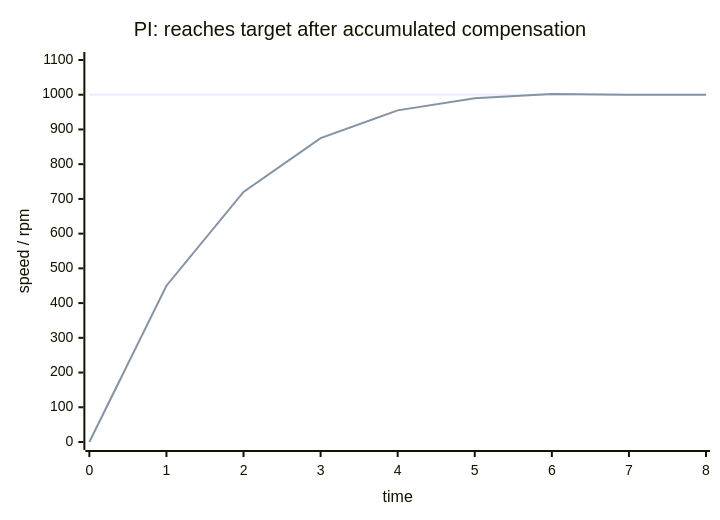
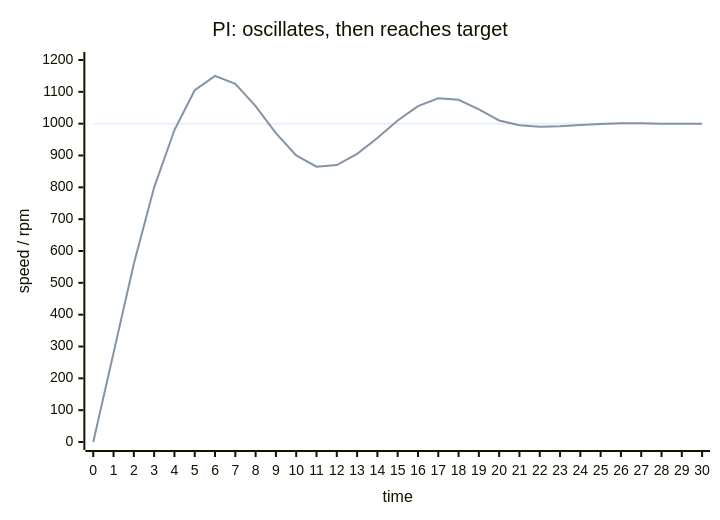
The seventh of 16 diagrams in decks/kinematics-pid/slides.md (inaku-Gyan/RM-EC-Tutorial-2026-Summer), drawn with Mermaid before and after one commit. The commit also changed other lines of this file, not shown here.

Commit message:
优化 PID 相关曲线图

````diff
--- a/decks/kinematics-pid/slides.md
+++ b/decks/kinematics-pid/slides.md
@@ -623,8 +615,8 @@
 ```mermaid
 xychart-beta
-  title "PI: reaches target after accumulated compensation"
-  x-axis "time" [0, 1, 2, 3, 4, 5, 6, 7, 8]
-  y-axis "speed / rpm" 0 --> 1100
-  line "target" [1000, 1000, 1000, 1000, 1000, 1000, 1000, 1000, 1000]
-  line "feedback" [0, 450, 720, 875, 955, 990, 1002, 1000, 1000]
+  title "PI: oscillates, then reaches target"
+  x-axis "time" [0, 1, 2, 3, 4, 5, 6, 7, 8, 9, 10, 11, 12, 13, 14, 15, 16, 17, 18, 19, 20, 21, 22, 23, 24, 25, 26, 27, 28, 29, 30]
+  y-axis "speed / rpm" 0 --> 1200
+  line "target" [1000, 1000, 1000, 1000, 1000, 1000, 1000, 1000, 1000, 1000, 1000, 1000, 1000, 1000, 1000, 1000, 1000, 1000, 1000, 1000, 1000, 1000, 1000, 1000, 1000, 1000, 1000, 1000, 1000, 1000, 1000]
+  line "feedback" [0, 280, 560, 800, 980, 1105, 1150, 1125, 1055, 970, 900, 865, 870, 905, 955, 1010, 1055, 1080, 1075, 1045, 1010, 995, 990, 992, 996, 999, 1001, 1001, 1000, 1000, 1000]
 ```
````
